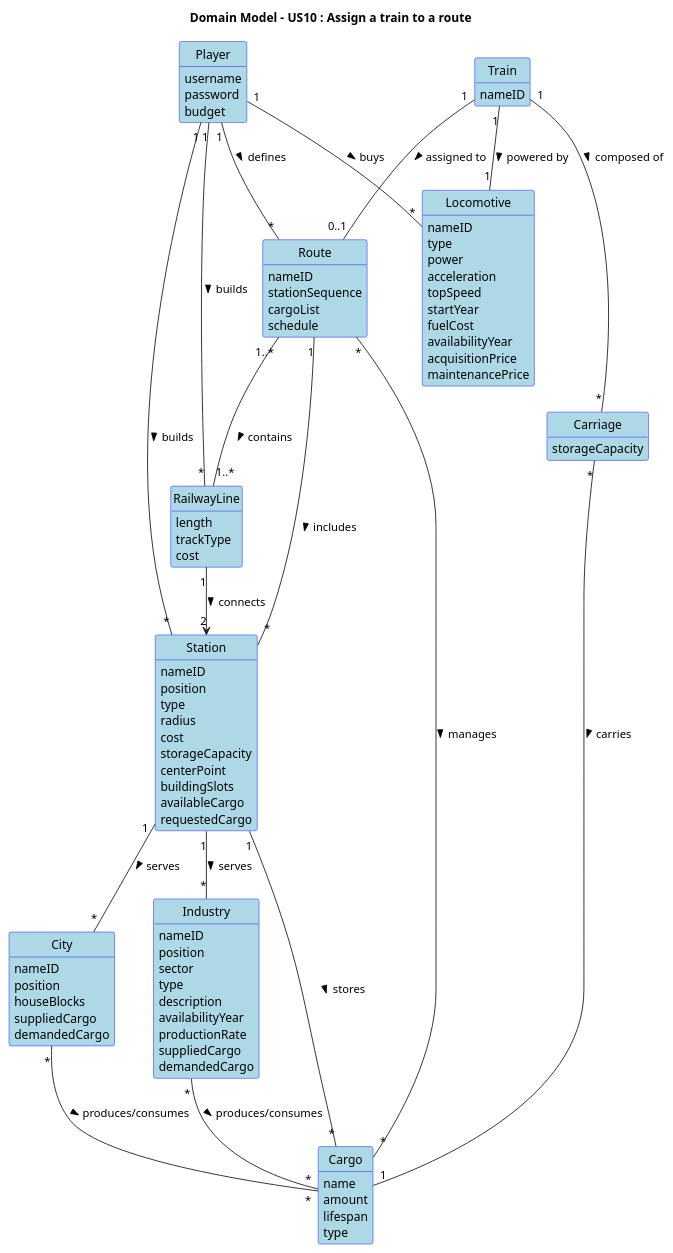
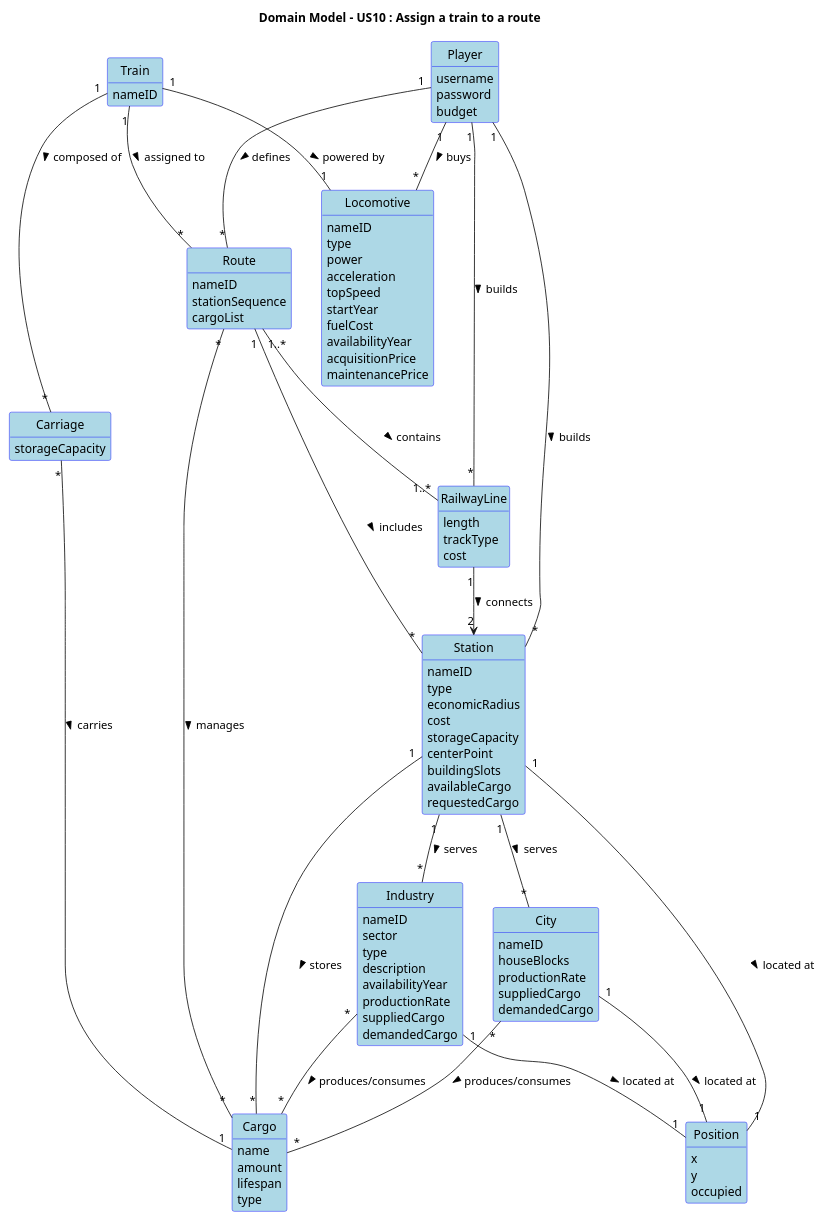
The diagram in docs/system-documentation/Sprint 2/US10/02.analysis/puml/US010-DM.puml (HenriqueSilva18/Railway-Network-Simulator), drawn with PlantUML before and after one commit. The commit also changed 112 other files, not shown here.

```diff
--- a/docs/system-documentation/Sprint 2/US10/02.analysis/puml/US010-DM.puml
+++ b/docs/system-documentation/Sprint 2/US10/02.analysis/puml/US010-DM.puml
@@ -1,122 +1,129 @@
 @startuml
 skinparam packageStyle rectangle
 skinparam shadowing false
 skinparam classAttributeIconSize 0
 skinparam class {
   BackgroundColor LightBlue
   BorderColor Blue
 }
-
-
-skinparam classAttributeIconSize 0
+skinparam enum {
+  BackgroundColor LightBlue
+  BorderColor Blue
+}
 
 hide circle
 hide methods
 
 title Domain Model - US10 : Assign a train to a route
 
 class Player {
   username
   password
   budget
 }
 
+class Position {
+  x
+  y
+  occupied
+}
+
 class City {
   nameID
-  position
   houseBlocks
+  productionRate
   suppliedCargo
   demandedCargo
 }
 
 class Industry {
   nameID
-  position
   sector
   type
   description
   availabilityYear
   productionRate
   suppliedCargo
   demandedCargo
 }
 
 class Station {
   nameID
-  position
   type
-  radius
+  economicRadius
   cost
   storageCapacity
   centerPoint
   buildingSlots
   availableCargo
   requestedCargo
 }
 
 class RailwayLine {
   length
   trackType
   cost
 }
 
 class Locomotive {
   nameID
   type
   power
   acceleration
   topSpeed
   startYear
   fuelCost
   availabilityYear
   acquisitionPrice
   maintenancePrice
 }
 
 class Route {
   nameID
   stationSequence
   cargoList
-  schedule
 }
 
 class Carriage {
   storageCapacity
 }
 
 class Cargo {
   name
   amount
   lifespan
   type
 }
 
 class Train {
   nameID
 }
 
 Player "1" -- "*" Station : builds >
 Player "1" -- "*" RailwayLine : builds >
 Player "1" -- "*" Locomotive : buys >
 Player "1" -- "*" Route: defines >
 
 Route "1" -- "*" Station : includes >
 Route "*" -- "*" Cargo : manages >
 
 Train "1" -- "1" Locomotive : powered by >
-Train "1" -- "0..1" Route : assigned to >
+Train "1" -- "*" Route : assigned to >
 Train "1" -- "*" Carriage : composed of >
 
 RailwayLine "1" --> "2" Station : connects >
 
 Station "1" -- "*" Cargo : stores >
 Station "1" -- "*" City : serves >
 Station "1" -- "*" Industry : serves >
 
 Carriage "*" -- "1" Cargo : carries >
 Route "1..*"-- "1..*" RailwayLine: contains >
 
 Industry "*" -- "*" Cargo : produces/consumes >
+City "*" -- "*" Cargo : produces/consumes >
 
-City "*" -- "*" Cargo : produces/consumes >
+City "1" -- "1" Position : located at >
+Industry "1" -- "1" Position : located at >
+Station "1" -- "1" Position : located at >
 @enduml
```
